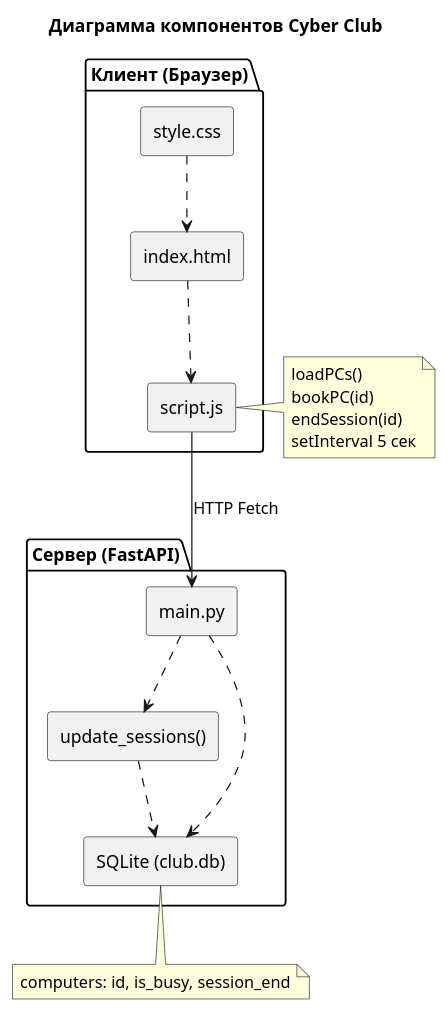
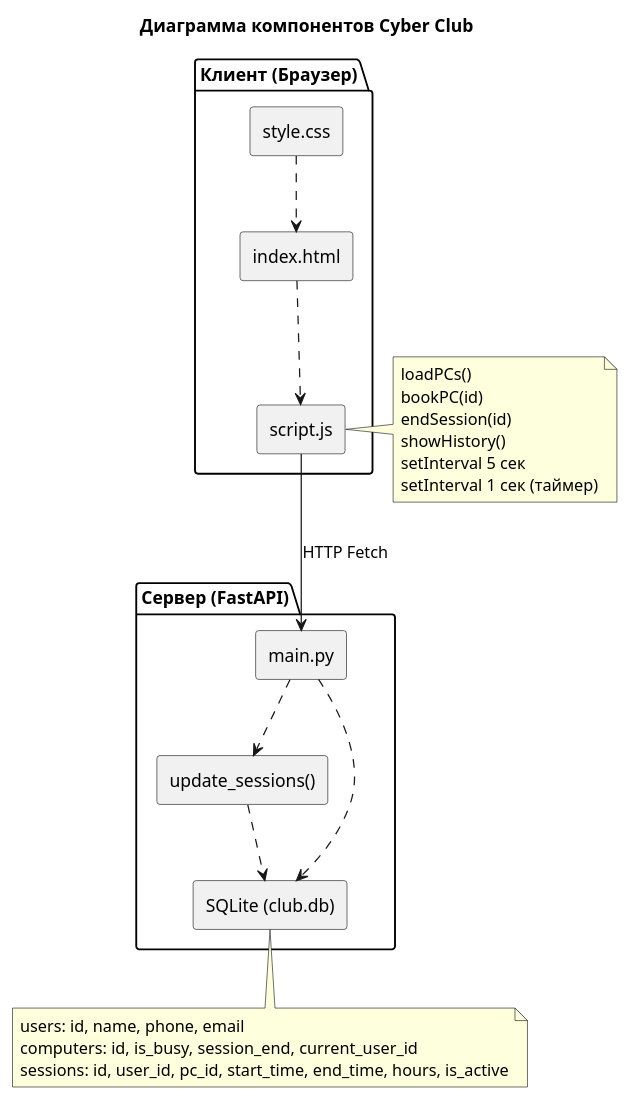
One commit to de1l3s/PC_club changed the diagram in docs/ARCHITECTURE.md. Above: the diagram before and after it, drawn with PlantUML. The commit also changed other lines of this file, not shown here.

````diff
--- a/docs/ARCHITECTURE.md
+++ b/docs/ARCHITECTURE.md
@@ -5,39 +9,41 @@
-```plantuml
 @startuml
 skinparam componentStyle rectangle
 skinparam backgroundColor #FFFFFF
 
 title Диаграмма компонентов Cyber Club
 
 package "Клиент (Браузер)" {
     [index.html] as html
     [style.css] as css
     [script.js] as js
     html ..> js
     css ..> html
 }
 
 package "Сервер (FastAPI)" {
     [main.py] as api
     [update_sessions()] as updater
     [SQLite (club.db)] as db
     api ..> updater
     api ..> db
     updater ..> db
 }
 
 js -down-> api : HTTP Fetch
 
 note right of js
   loadPCs()
   bookPC(id)
   endSession(id)
+  showHistory()
   setInterval 5 сек
+  setInterval 1 сек (таймер)
 end note
 
 note bottom of db
-  computers: id, is_busy, session_end
+  users: id, name, phone, email
+  computers: id, is_busy, session_end, current_user_id
+  sessions: id, user_id, pc_id, start_time, end_time, hours, is_active
 end note
 
 @enduml
-```
````
